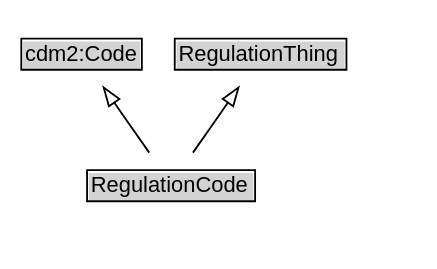
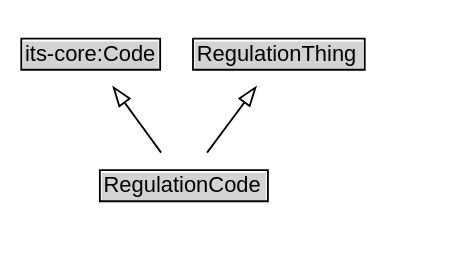
One commit to k-vaughn/ontology-its-regulation changed the diagram in docs/diagrams/RegulationCode.dot. Above: the diagram before and after it, drawn with Graphviz. The commit also changed 98 other files, not shown here.

```diff
--- a/docs/diagrams/RegulationCode.dot
+++ b/docs/diagrams/RegulationCode.dot
@@ -1,21 +1,21 @@
 // Diagram for RegulationCode
 digraph {
 	graph [overlap=false rankdir=TB splines=true]
 	node [fontname=Arial fontsize=12 margin=0 shape=none]
 	edge [fontname=Arial fontsize=11]
 	{
 		rank=source
-		cdm2_Code [label=<<TABLE BORDER="1" CELLBORDER="0" CELLSPACING="0" CELLPADDING="1"><TR><TD BGCOLOR="lightgray" ALIGN="CENTER">cdm2:Code</TD></TR></TABLE>> URL="https://w3id.org/citydata/part2/v1/Code" margin=0]
+		"its-core_Code" [label=<<TABLE BORDER="1" CELLBORDER="0" CELLSPACING="0" CELLPADDING="1"><TR><TD BGCOLOR="lightgray" ALIGN="CENTER">its-core:Code</TD></TR></TABLE>> URL="https://w3id.org/itsdata/core/v1/Code" margin=0]
 		RegulationThing [label=<<TABLE BORDER="1" CELLBORDER="0" CELLSPACING="0" CELLPADDING="1"><TR><TD BGCOLOR="lightgray" ALIGN="CENTER">RegulationThing</TD></TR></TABLE>> URL="../RegulationThing" margin=0]
 	}
 	RegulationCode [label=<<TABLE BORDER="1" CELLBORDER="0" CELLSPACING="0" CELLPADDING="1"><TR><TD BGCOLOR="lightgray" ALIGN="CENTER">RegulationCode</TD></TR></TABLE>> URL="../RegulationCode" margin=0]
 	{
 		rank=max
 	}
 	subgraph cluster_associated {
 		label="" style=invis
 		Invis [label=<<TABLE BORDER="0" CELLBORDER="0" CELLSPACING="0" CELLPADDING="1"><TR><TD></TD></TR></TABLE>> margin=0 style=invis]
 	}
-	RegulationCode -> cdm2_Code [arrowhead=onormal style=solid]
+	RegulationCode -> "its-core_Code" [arrowhead=onormal style=solid]
 	RegulationCode -> RegulationThing [arrowhead=onormal style=solid]
 }
```
